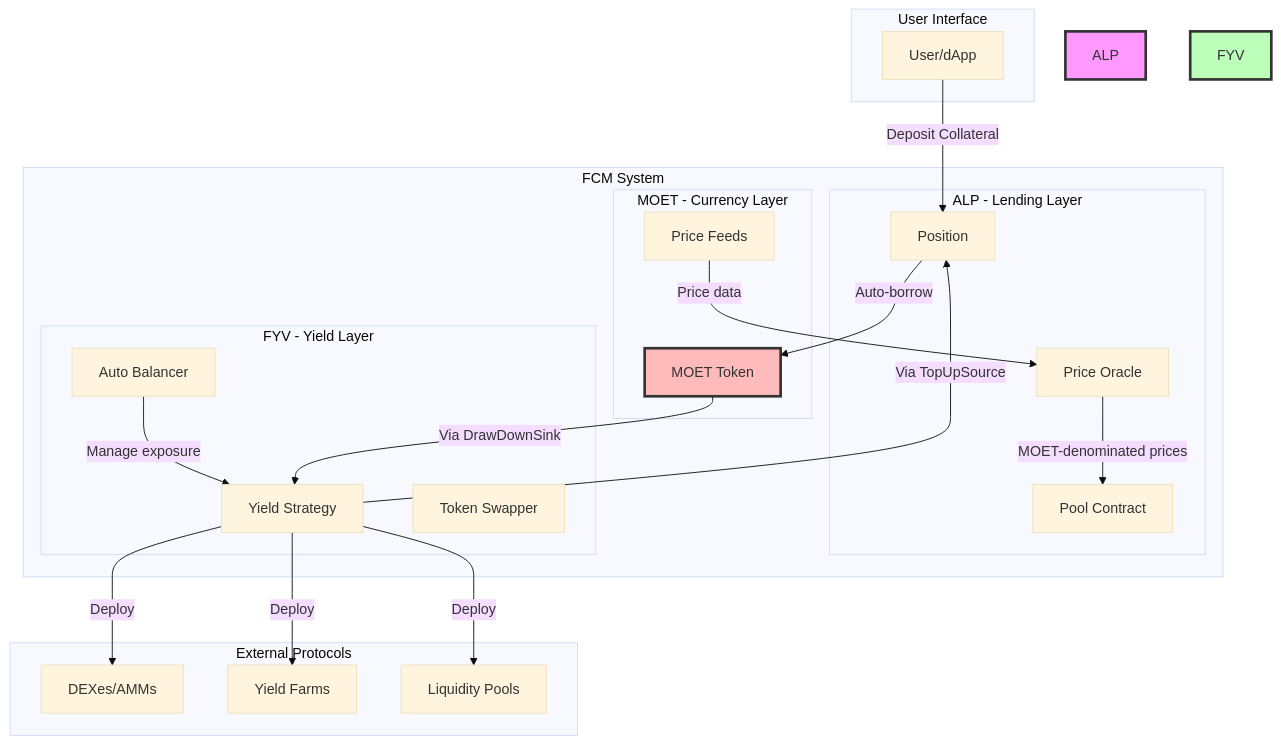
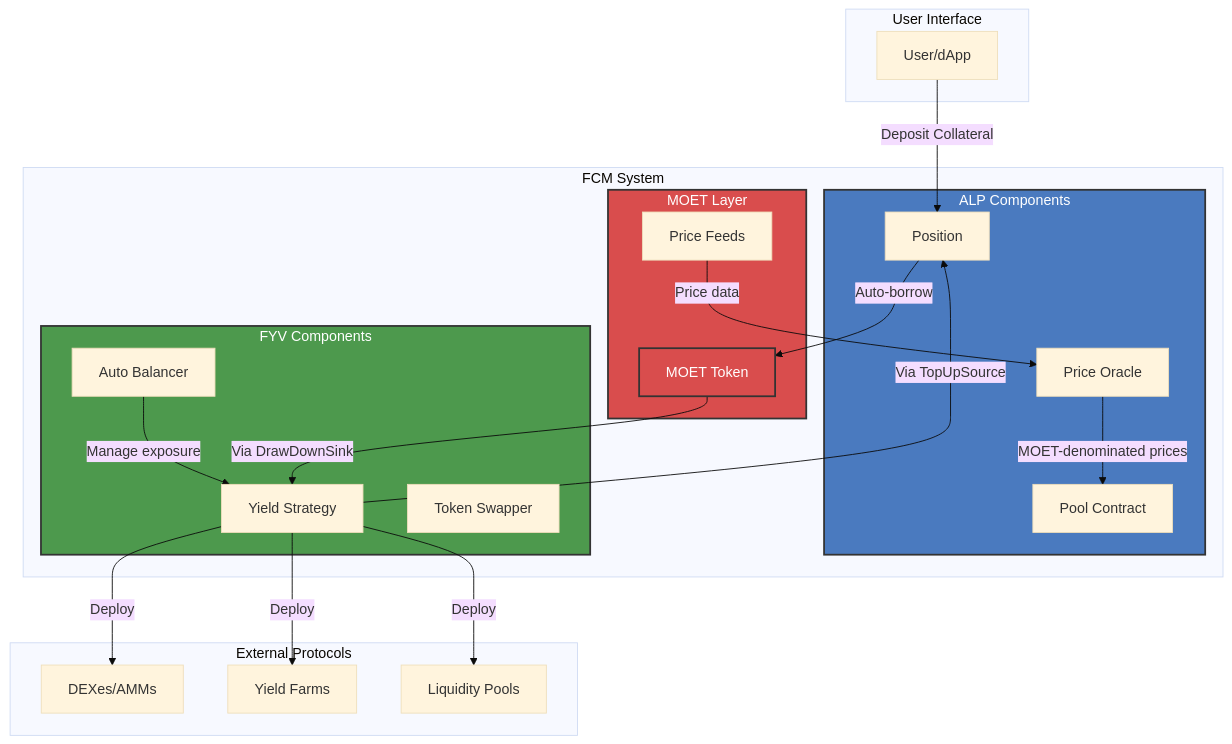
One commit to onflow/docs changed the first of 3 diagrams in docs/defi/fcm/architecture.md. Above: the diagram before and after it, drawn with Mermaid (base theme). The commit also changed other lines of this file and 12 other files, not shown here.

````diff
--- a/docs/defi/fcm/architecture.md
+++ b/docs/defi/fcm/architecture.md
@@ -20,48 +20,49 @@
 ```mermaid
 graph TB
     subgraph "User Interface"
         User[User/dApp]
     end
 
     subgraph "FCM System"
-        subgraph "ALP - Lending Layer"
+        subgraph ALP["ALP Components"]
             Pool[Pool Contract]
             Position[Position]
             Oracle[Price Oracle]
         end
 
-        subgraph "FYV - Yield Layer"
+        subgraph FYV["FYV Components"]
             Strategy[Yield Strategy]
             AutoBalancer[Auto Balancer]
             Swapper[Token Swapper]
         end
 
-        subgraph "MOET - Currency Layer"
+        subgraph MOET_Layer["MOET Layer"]
             MOET[MOET Token]
             Pricing[Price Feeds]
         end
     end
 
     subgraph "External Protocols"
         DEX[DEXes/AMMs]
         Farm[Yield Farms]
         LP[Liquidity Pools]
     end
 
     User -->|Deposit Collateral| Position
     Position -->|Auto-borrow| MOET
     MOET -->|Via DrawDownSink| Strategy
     Strategy -->|Deploy| DEX
     Strategy -->|Deploy| Farm
     Strategy -->|Deploy| LP
 
     Oracle -->|MOET-denominated prices| Pool
     Pricing -->|Price data| Oracle
 
     AutoBalancer -->|Manage exposure| Strategy
     Strategy -->|Via TopUpSource| Position
 
-    style ALP fill:#f9f,stroke:#333,stroke-width:3px
-    style FYV fill:#bfb,stroke:#333,stroke-width:3px
-    style MOET fill:#fbb,stroke:#333,stroke-width:3px
+    style ALP fill:#4a7abf,stroke:#333,stroke-width:2px,color:#fff
+    style FYV fill:#4d994d,stroke:#333,stroke-width:2px,color:#fff
+    style MOET_Layer fill:#d94d4d,stroke:#333,stroke-width:2px,color:#fff
+    style MOET fill:#d94d4d,stroke:#333,stroke-width:2px,color:#fff
 ```
````
